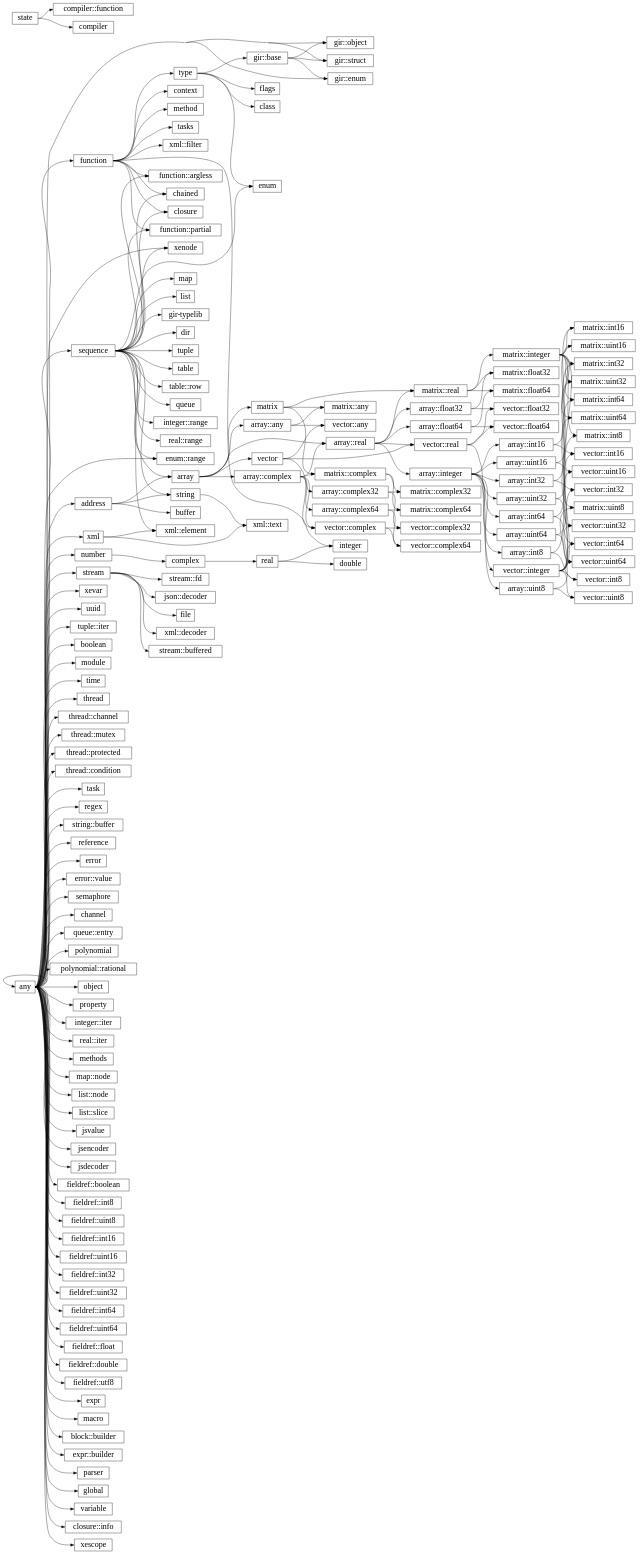
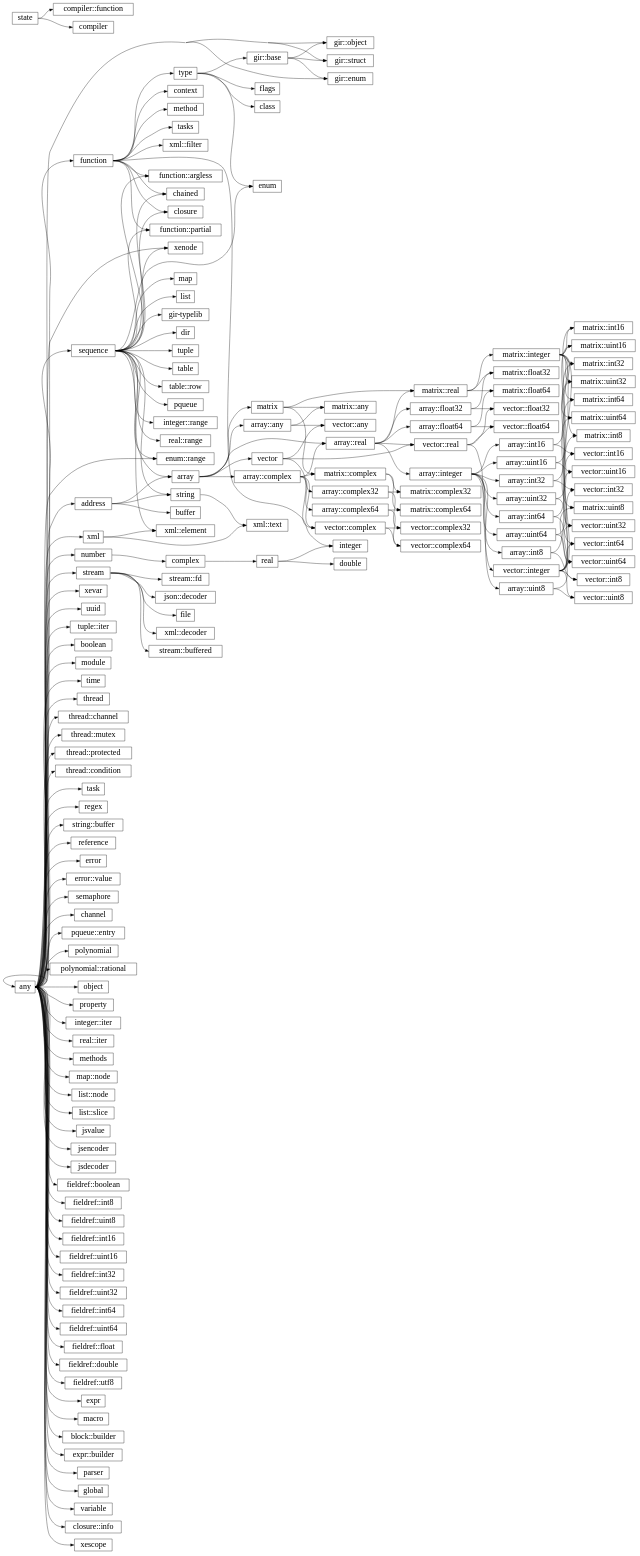
Before and after one commit to wrapl/minilang: the diagram in docs/library/hierarchy.rst, drawn with Graphviz. The commit also changed 25 other files, not shown here.

```diff
--- a/docs/library/hierarchy.rst
+++ b/docs/library/hierarchy.rst
@@ -62,8 +62,8 @@
       "any":e -> "error::value":w;
       "any":e -> "semaphore":w;
       "any":e -> "channel":w;
-      "any":e -> "queue::entry":w;
-      "sequence":e -> "queue":w;
+      "any":e -> "pqueue::entry":w;
+      "sequence":e -> "pqueue":w;
       "any":e -> "polynomial":w;
       "any":e -> "polynomial::rational":w;
       "any":e -> "object":w;
```
